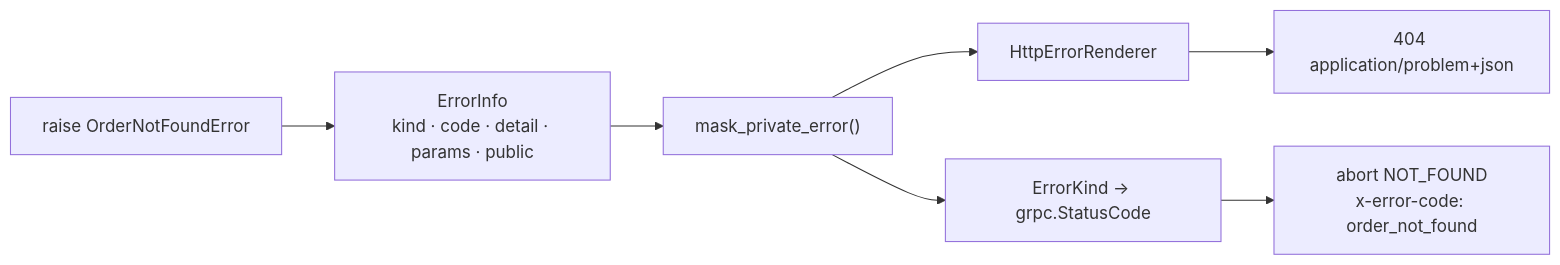
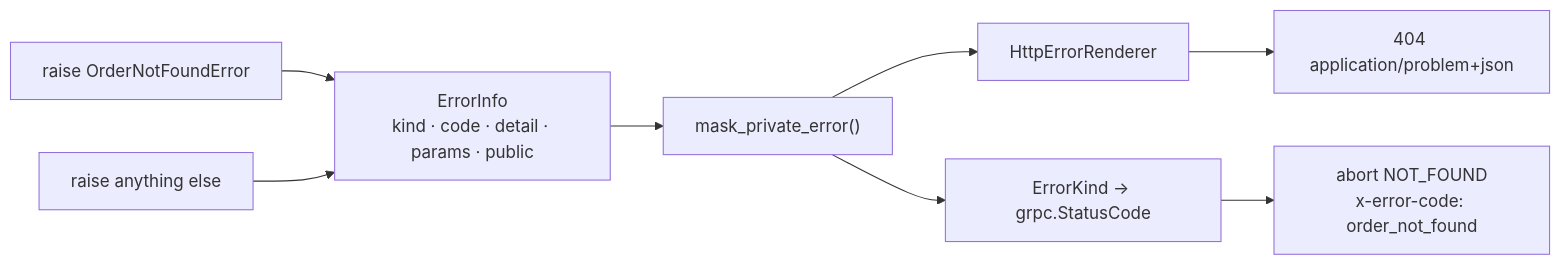
Before and after one commit to bedrock-python/servicewright: the diagram in docs/concepts/errors.md, drawn with Mermaid. The commit also changed other lines of this file and 11 other files, not shown here.

````diff
--- a/docs/concepts/errors.md
+++ b/docs/concepts/errors.md
@@ -13,9 +13,10 @@
 ```mermaid
 flowchart LR
     E["raise OrderNotFoundError"] --> N["ErrorInfo<br/>kind · code · detail · params · public"]
+    X["raise anything else"] --> N
     N --> M["mask_private_error()"]
     M --> R["HttpErrorRenderer"]
     M --> K["ErrorKind → grpc.StatusCode"]
     R --> H["404 application/problem+json"]
     K --> G["abort NOT_FOUND<br/>x-error-code: order_not_found"]
 ```
````
